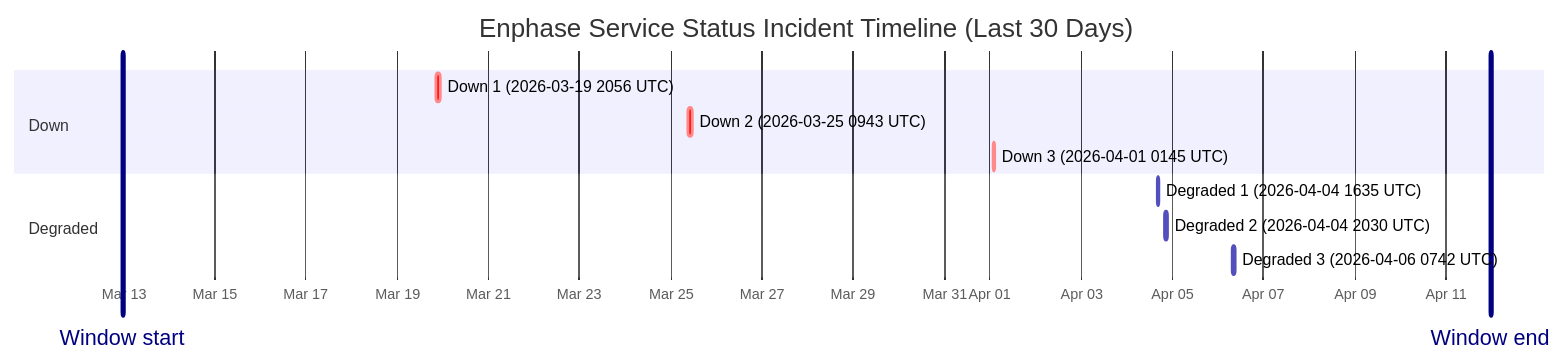
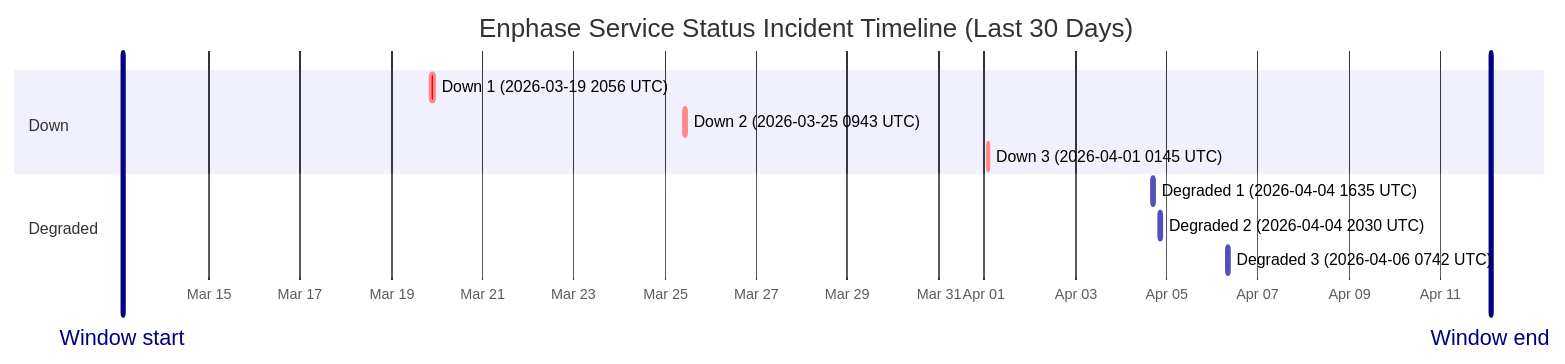
Before and after one commit to barneyonline/ha-enphase-ev-charger: the diagram in wiki/Service-Status-History.md, drawn with Mermaid. The commit also changed other lines of this file and 3 other files, not shown here.

````diff
--- a/wiki/Service-Status-History.md
+++ b/wiki/Service-Status-History.md
@@ -14,16 +14,16 @@
 ```mermaid
 gantt
     title Enphase Service Status Incident Timeline (Last 30 Days)
     dateFormat  YYYY-MM-DDTHH:mm:ss
     axisFormat  %b %d
-    Window start :vert, window-start, 2026-03-12T23:33:01, 0ms
-    Window end :vert, window-end, 2026-04-11T23:33:01, 0ms
+    Window start :vert, window-start, 2026-03-13T02:30:55, 0ms
+    Window end :vert, window-end, 2026-04-12T02:30:55, 0ms
     section Down
     Down 1 (2026-03-19 2056 UTC) :crit, down-1, 2026-03-19T20:56:20, 145m
     Down 2 (2026-03-25 0943 UTC) :crit, down-2, 2026-03-25T09:43:28, 111m
     Down 3 (2026-04-01 0145 UTC) :crit, down-3, 2026-04-01T01:45:09, 60m
     section Degraded
     Degraded 1 (2026-04-04 1635 UTC) :active, degraded-1, 2026-04-04T16:35:17, 60m
     Degraded 2 (2026-04-04 2030 UTC) :active, degraded-2, 2026-04-04T20:30:40, 60m
     Degraded 3 (2026-04-06 0742 UTC) :active, degraded-3, 2026-04-06T07:42:09, 85m
 ```
````
